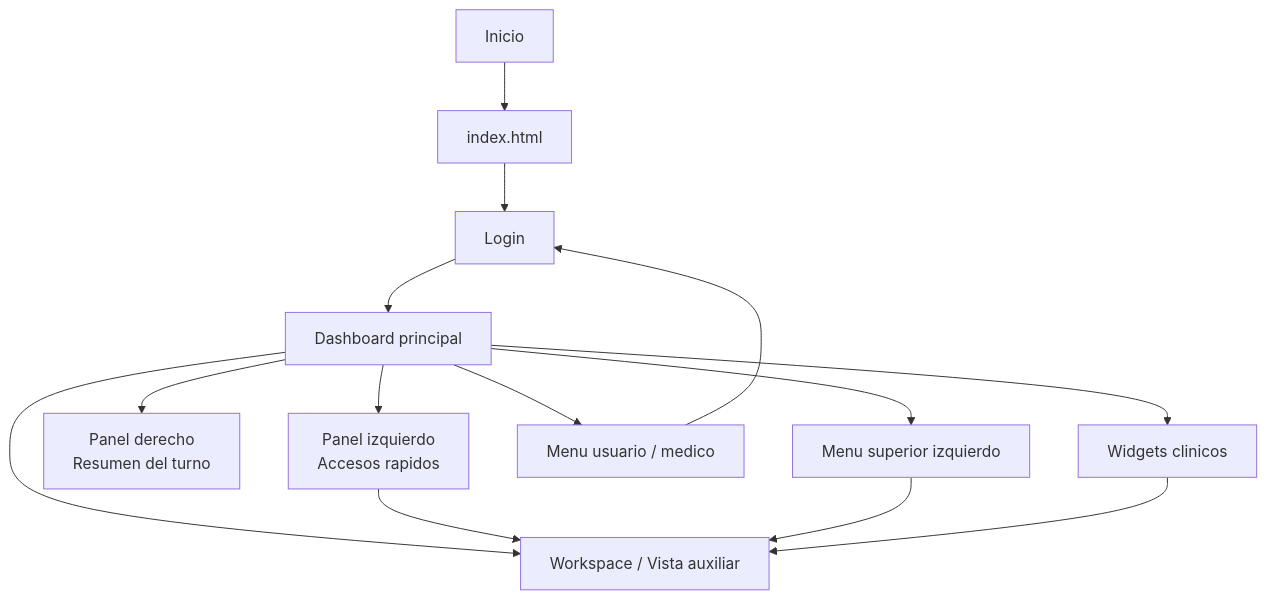
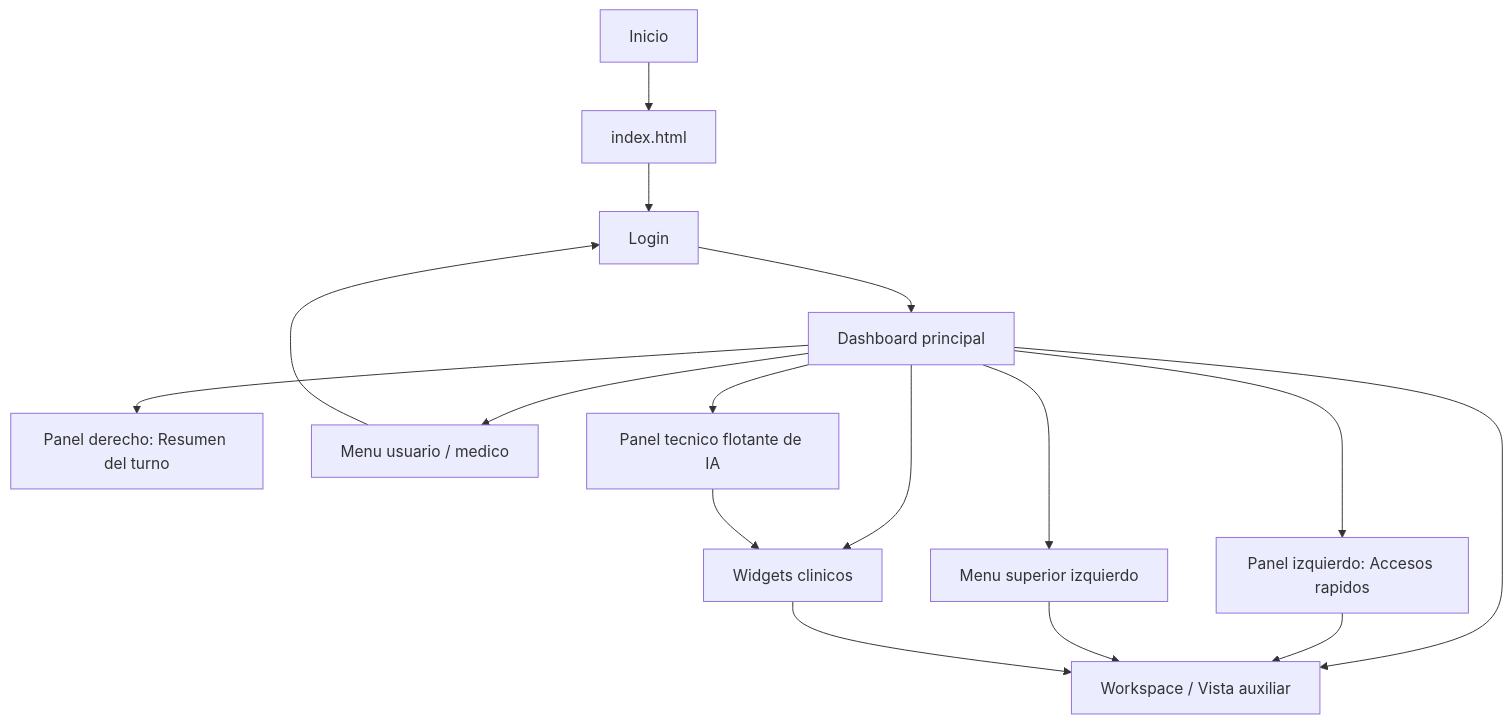
The third of 3 diagrams in detalles.md (DavidEBM/TestTesis), drawn with Mermaid before and after one commit. The commit also changed other lines of this file and 12 other files, not shown here.

````diff
--- a/detalles.md
+++ b/detalles.md
@@ -305,19 +399,21 @@
 ```mermaid
 flowchart TD
     A[Inicio]
     A --> B[index.html]
     B --> C[Login]
     C --> D[Dashboard principal]
 
-    D --> E[Panel izquierdo<br/>Accesos rapidos]
-    D --> F[Panel derecho<br/>Resumen del turno]
+    D --> E[Panel izquierdo: Accesos rapidos]
+    D --> F[Panel derecho: Resumen del turno]
     D --> G[Menu superior izquierdo]
     D --> H[Menu usuario / medico]
     D --> I[Widgets clinicos]
     D --> J[Workspace / Vista auxiliar]
+    D --> K[Panel tecnico flotante de IA]
 
     E --> J
     G --> J
     I --> J
+    K --> I
     H --> C
 ```
````
